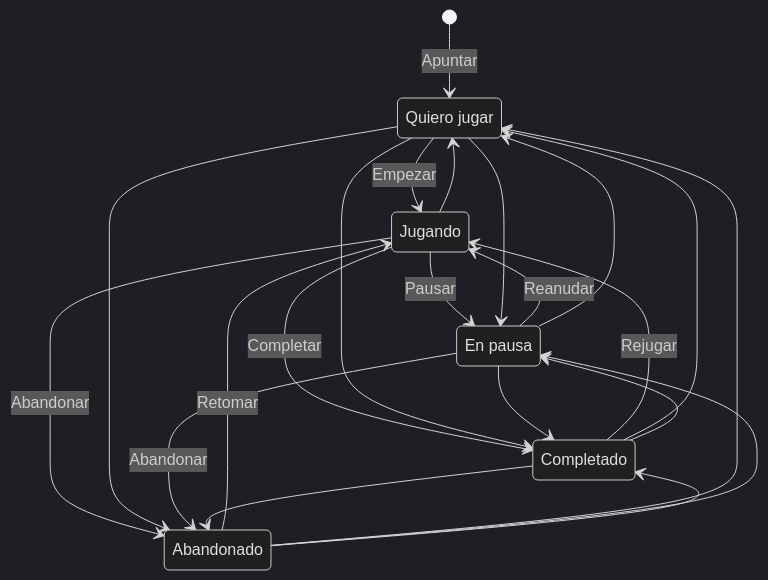
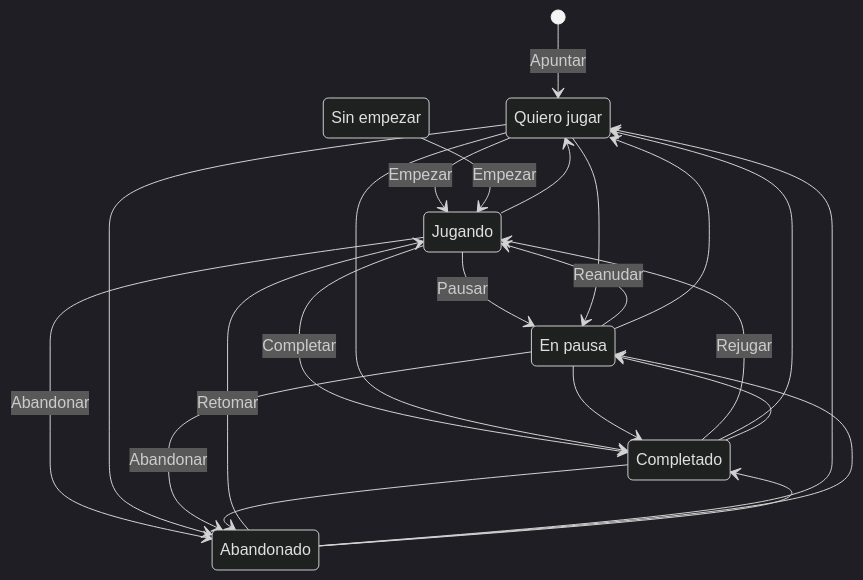
One commit to LucasPrezFdez/gameagenda changed the diagram in docs/planificacion/secciones/03-requisitos.md. Above: the diagram before and after it, drawn with Mermaid (dark theme). The commit also changed other lines of this file and 30 other files, not shown here.

First line of the commit message:
feat(agenda): estado nuevo «Sin empezar», y ahí van los juegos de Steam sin jugar

````diff
--- a/docs/planificacion/secciones/03-requisitos.md
+++ b/docs/planificacion/secciones/03-requisitos.md
@@ -84,30 +85,32 @@
 ```mermaid
 stateDiagram-v2
   direction TB
   state "Quiero jugar" as want_to_play
   state "Jugando" as playing
   state "En pausa" as on_hold
   state "Completado" as completed
   state "Abandonado" as dropped
+  state "Sin empezar" as not_started
   [*] --> want_to_play: Apuntar
   want_to_play --> playing: Empezar
   playing --> on_hold: Pausar
   on_hold --> playing: Reanudar
   playing --> completed: Completar
   playing --> dropped: Abandonar
   dropped --> playing: Retomar
   completed --> playing: Rejugar
   want_to_play --> on_hold
+  not_started --> playing: Empezar
   want_to_play --> completed
   want_to_play --> dropped
   playing --> want_to_play
   on_hold --> want_to_play
   on_hold --> completed
   on_hold --> dropped: Abandonar
   completed --> want_to_play
   completed --> on_hold
   completed --> dropped
   dropped --> want_to_play
   dropped --> on_hold
   dropped --> completed
 ```
````
